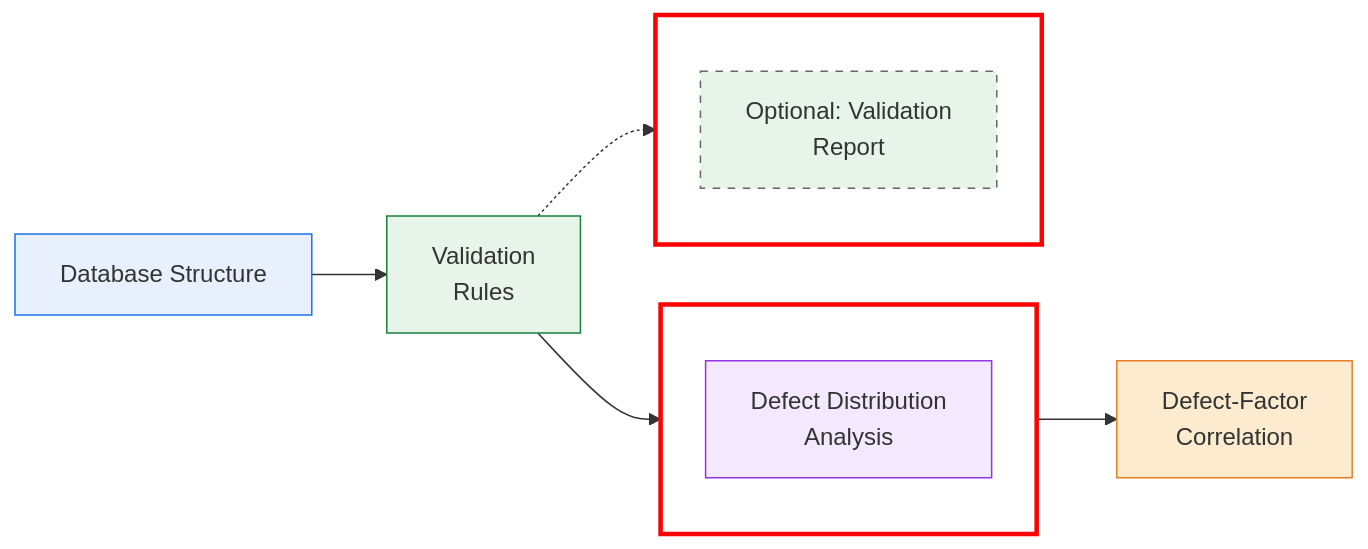
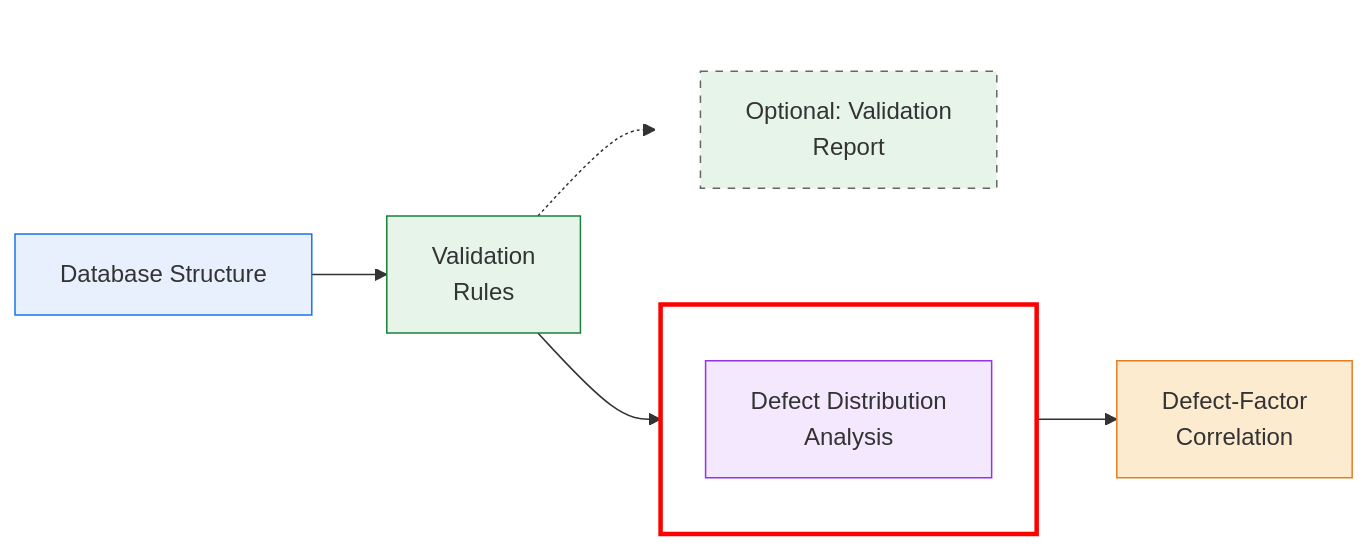
The diagram in README.md (SewerDefectAnalysis/Defect_description), drawn with Mermaid before and after one commit.

````diff
--- a/README.md
+++ b/README.md
@@ -9,39 +9,39 @@
 ```mermaid
 %%{init: {'flowchart': {'nodeSpacing': 40, 'rankSpacing': 50}}}%%
 flowchart LR
 
     A[Database Structure]:::data --> B[Validation<br/>Rules]:::validation
     B --> D[Defect Distribution<br/>Analysis]:::analysis
     D --> E[Defect-Factor<br/>Correlation]:::analysisP2
 
     subgraph boxD[ ]
         direction TB
         D
     end
 
     subgraph boxC[ ]
         direction TB
         C[Optional: Validation<br/>Report]:::optional
     end
 
     style boxD stroke:#FF0000,stroke-width:3px,fill:none
-    style boxC stroke:#FF0000,stroke-width:3px,fill:none
+    style boxC fill:none,stroke:none
 
     B -.-> C
 
 
     %% Click links
     click A "https://github.com/SewerDefectAnalysis/Database_Structure"
     click B "https://github.com/SewerDefectAnalysis/Data_validation"
     click C "https://github.com/SewerDefectAnalysis/Data_validation"
 
     %% Styles
     classDef data fill:#E8F0FE,stroke:#1A73E8
     classDef validation fill:#E6F4EA,stroke:#188038
     classDef analysis fill:#F3E8FD,stroke:#9334E6
     classDef analysisP2 fill:#FDEBD0,stroke:#E67E22
     classDef optional fill:#E6F4EA,stroke:#666666,stroke-dasharray: 5 5
 
 
 
 ```
````
